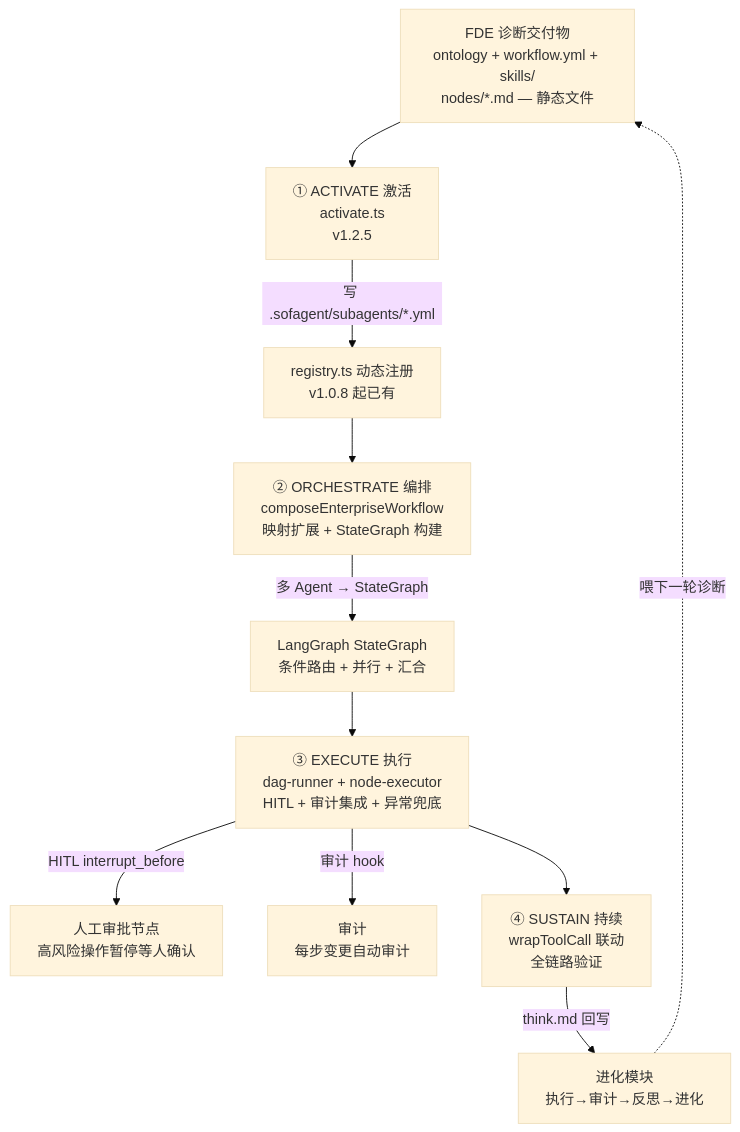
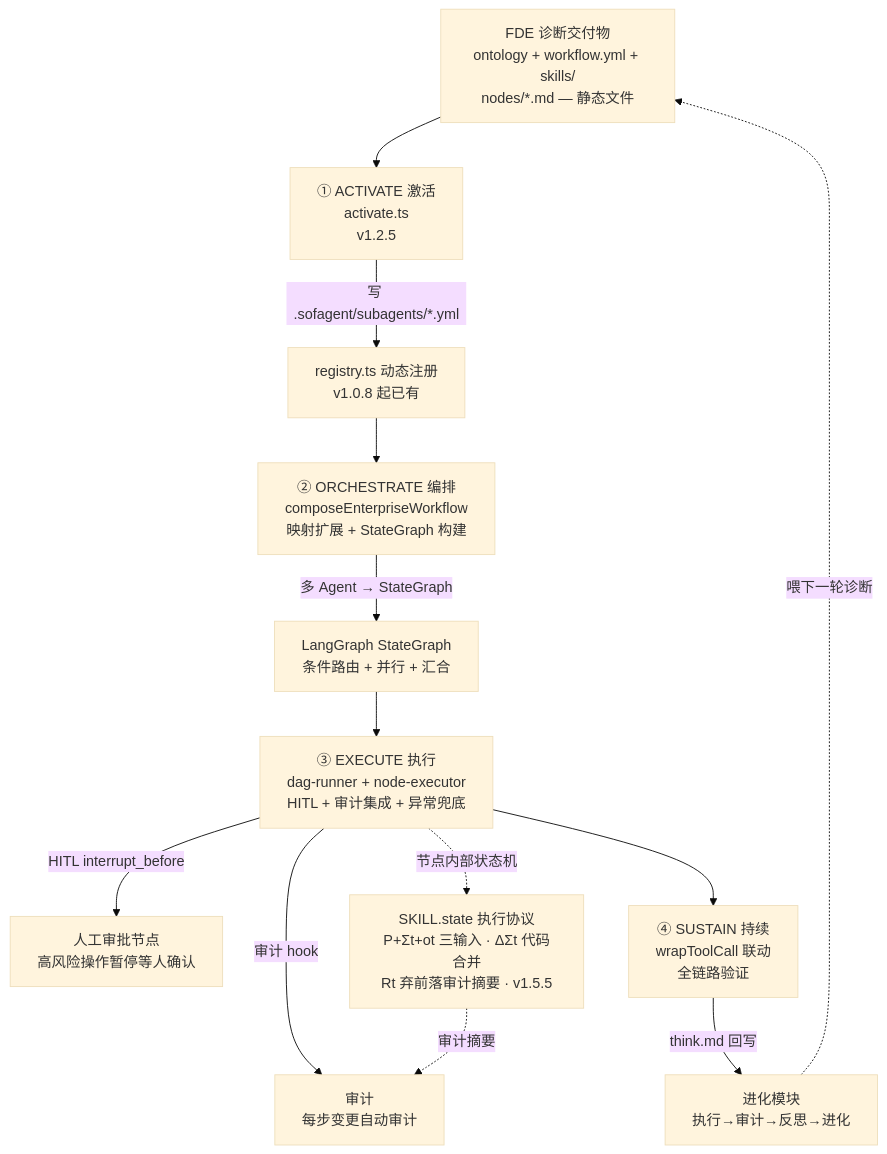
The fifth of 9 diagrams in docs/ARCHITECTURE.md (KongFangXun/sofagent), drawn with Mermaid (base theme) before and after one commit. The commit also changed other lines of this file and 14 other files, not shown here.

````diff
--- a/docs/ARCHITECTURE.md
+++ b/docs/ARCHITECTURE.md
@@ -415,14 +415,16 @@
 ```mermaid
 flowchart TD
     FDE[FDE 诊断交付物<br/>ontology + workflow.yml + skills/<br/>nodes/*.md — 静态文件]
     FDE --> A1[① ACTIVATE 激活<br/>activate.ts<br/>v1.2.5]
     A1 -->|写 .sofagent/subagents/*.yml| REG[registry.ts 动态注册<br/>v1.0.8 起已有]
     REG --> A2[② ORCHESTRATE 编排<br/>composeEnterpriseWorkflow<br/>映射扩展 + StateGraph 构建]
     A2 -->|多 Agent → StateGraph| SG[LangGraph StateGraph<br/>条件路由 + 并行 + 汇合]
     SG --> A3[③ EXECUTE 执行<br/>dag-runner + node-executor<br/>HITL + 审计集成 + 异常兜底]
     A3 -->|HITL interrupt_before| HITL[人工审批节点<br/>高风险操作暂停等人确认]
     A3 -->|审计 hook| AUDIT[审计<br/>每步变更自动审计]
+    A3 -.节点内部状态机.-> SM[SKILL.state 执行协议<br/>P+Σt+ot 三输入 · ΔΣt 代码合并<br/>Rt 弃前落审计摘要 · v1.5.5]
+    SM -.审计摘要.-> AUDIT
     A3 --> A4[④ SUSTAIN 持续<br/>wrapToolCall 联动<br/>全链路验证]
     A4 -->|think.md 回写| EVOLVE[进化模块<br/>执行→审计→反思→进化]
     EVOLVE -.->|喂下一轮诊断| FDE
 ```
````
